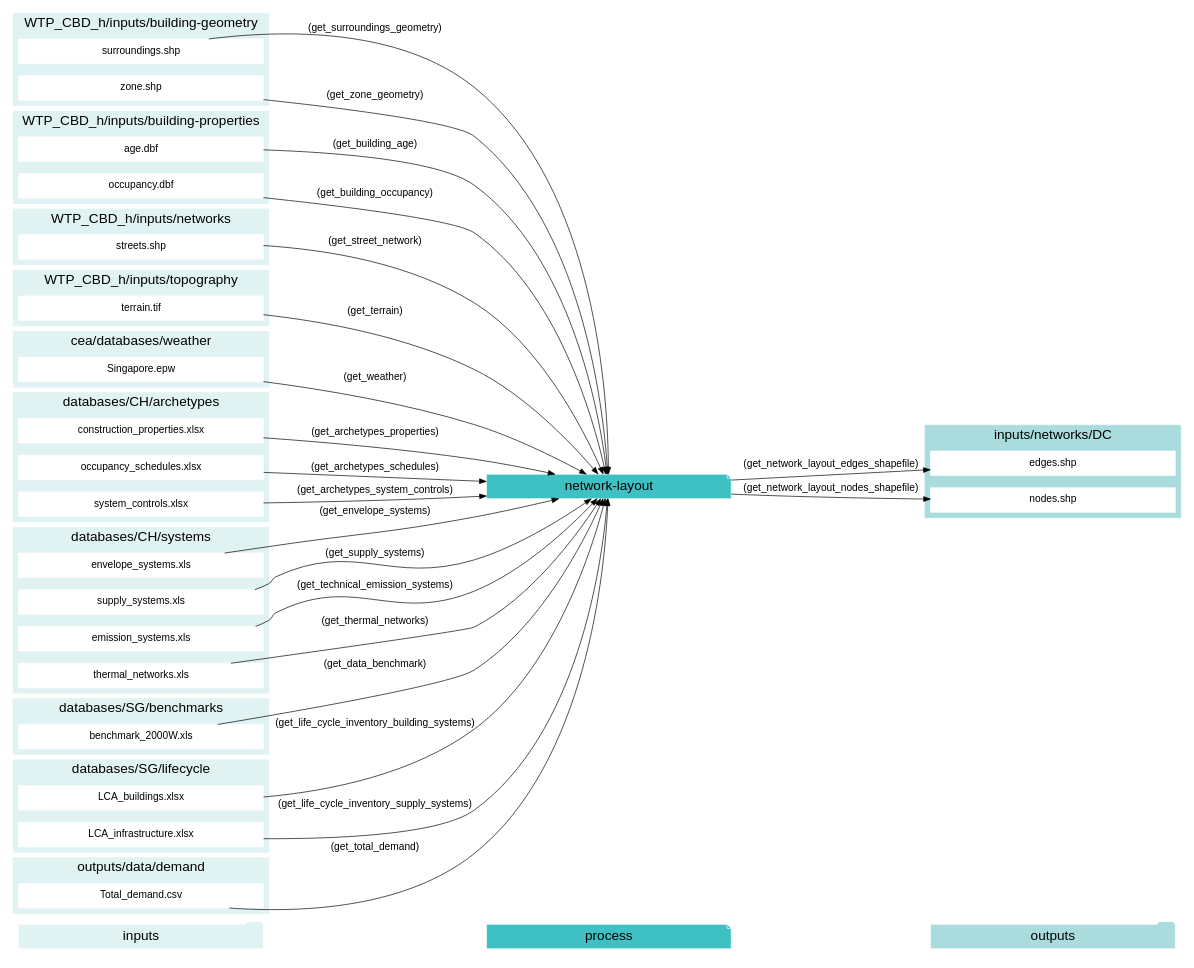
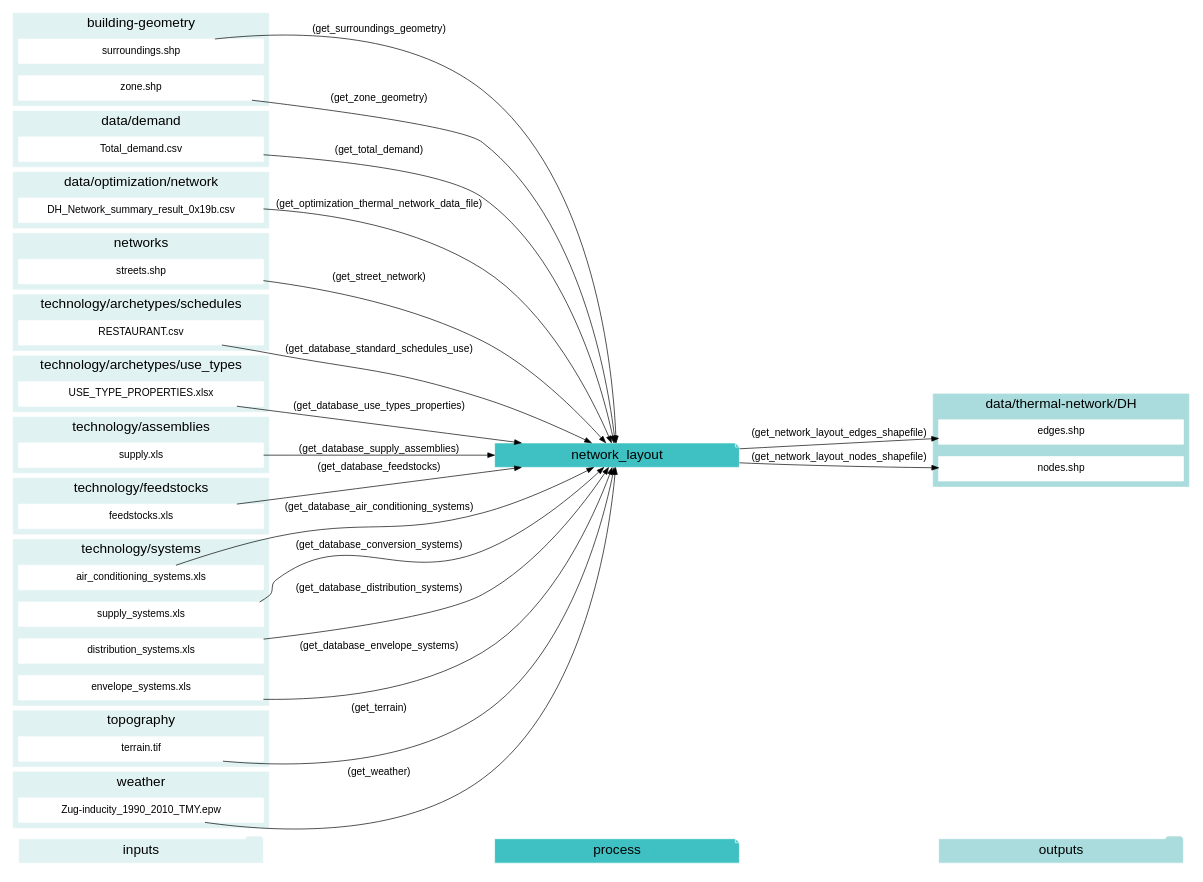
One commit to architecture-building-systems/CityEnergyAnalyst changed the sixth of 20 diagrams in docs/script-data-flow.rst. Above: the diagram before and after it, drawn with Graphviz. The commit also changed other lines of this file and 24 other files, not shown here.

```diff
--- a/docs/script-data-flow.rst
+++ b/docs/script-data-flow.rst
@@ -304,13 +786,13 @@
     "inputs"->"process"[style=invis]
     "process"->"outputs"[style=invis]
     }
-    "network-layout"[style=filled, color=white, fillcolor="#3FC0C2", shape=note, fontsize=20, fontname=arial];
+    "network_layout"[style=filled, color=white, fillcolor="#3FC0C2", shape=note, fontsize=20, fontname=arial];
     subgraph cluster_0_in {
         style = filled;
         color = "#E1F2F2";
         fontsize = 20;
         rank=same;
-        label="WTP_CBD_h/inputs/building-geometry";
+        label="building-geometry";
         "surroundings.shp"
         "zone.shp"
     }
@@ -319,107 +801,108 @@
         color = "#E1F2F2";
         fontsize = 20;
         rank=same;
-        label="WTP_CBD_h/inputs/building-properties";
-        "age.dbf"
-        "occupancy.dbf"
+        label="data/demand";
+        "Total_demand.csv"
     }
     subgraph cluster_2_in {
         style = filled;
         color = "#E1F2F2";
         fontsize = 20;
         rank=same;
-        label="WTP_CBD_h/inputs/networks";
-        "streets.shp"
+        label="data/optimization/network";
+        "DH_Network_summary_result_0x19b.csv"
     }
-    subgraph cluster_3_in {
+    subgraph cluster_3_out {
         style = filled;
-        color = "#E1F2F2";
+        color = "#aadcdd";
         fontsize = 20;
         rank=same;
-        label="WTP_CBD_h/inputs/topography";
-        "terrain.tif"
+        label="data/thermal-network/DH";
+        "edges.shp"
+        "nodes.shp"
     }
     subgraph cluster_4_in {
         style = filled;
         color = "#E1F2F2";
         fontsize = 20;
         rank=same;
-        label="cea/databases/weather";
-        "Singapore.epw"
+        label="networks";
+        "streets.shp"
     }
     subgraph cluster_5_in {
         style = filled;
         color = "#E1F2F2";
         fontsize = 20;
         rank=same;
-        label="databases/CH/archetypes";
-        "construction_properties.xlsx"
-        "occupancy_schedules.xlsx"
-        "system_controls.xlsx"
+        label="technology/archetypes/schedules";
+        "RESTAURANT.csv"
     }
     subgraph cluster_6_in {
         style = filled;
         color = "#E1F2F2";
         fontsize = 20;
         rank=same;
-        label="databases/CH/systems";
-        "envelope_systems.xls"
-        "supply_systems.xls"
-        "emission_systems.xls"
-        "thermal_networks.xls"
+        label="technology/archetypes/use_types";
+        "USE_TYPE_PROPERTIES.xlsx"
     }
     subgraph cluster_7_in {
         style = filled;
         color = "#E1F2F2";
         fontsize = 20;
         rank=same;
-        label="databases/SG/benchmarks";
-        "benchmark_2000W.xls"
+        label="technology/assemblies";
+        "supply.xls"
     }
     subgraph cluster_8_in {
         style = filled;
         color = "#E1F2F2";
         fontsize = 20;
         rank=same;
-        label="databases/SG/lifecycle";
-        "LCA_buildings.xlsx"
-        "LCA_infrastructure.xlsx"
+        label="technology/feedstocks";
+        "feedstocks.xls"
     }
-    subgraph cluster_9_out {
+    subgraph cluster_9_in {
         style = filled;
-        color = "#aadcdd";
+        color = "#E1F2F2";
         fontsize = 20;
         rank=same;
-        label="inputs/networks/DC";
-        "edges.shp"
-        "nodes.shp"
+        label="technology/systems";
+        "air_conditioning_systems.xls"
+        "supply_systems.xls"
+        "distribution_systems.xls"
+        "envelope_systems.xls"
     }
     subgraph cluster_10_in {
         style = filled;
         color = "#E1F2F2";
         fontsize = 20;
         rank=same;
-        label="outputs/data/demand";
-        "Total_demand.csv"
+        label="topography";
+        "terrain.tif"
     }
-    "construction_properties.xlsx" -> "network-layout"[label="(get_archetypes_properties)"]
-    "occupancy_schedules.xlsx" -> "network-layout"[label="(get_archetypes_schedules)"]
-    "system_controls.xlsx" -> "network-layout"[label="(get_archetypes_system_controls)"]
-    "age.dbf" -> "network-layout"[label="(get_building_age)"]
-    "occupancy.dbf" -> "network-layout"[label="(get_building_occupancy)"]
-    "benchmark_2000W.xls" -> "network-layout"[label="(get_data_benchmark)"]
-    "surroundings.shp" -> "network-layout"[label="(get_surroundings_geometry)"]
-    "envelope_systems.xls" -> "network-layout"[label="(get_envelope_systems)"]
-    "LCA_buildings.xlsx" -> "network-layout"[label="(get_life_cycle_inventory_building_systems)"]
-    "LCA_infrastructure.xlsx" -> "network-layout"[label="(get_life_cycle_inventory_supply_systems)"]
-    "streets.shp" -> "network-layout"[label="(get_street_network)"]
-    "supply_systems.xls" -> "network-layout"[label="(get_supply_systems)"]
-    "emission_systems.xls" -> "network-layout"[label="(get_technical_emission_systems)"]
-    "terrain.tif" -> "network-layout"[label="(get_terrain)"]
-    "thermal_networks.xls" -> "network-layout"[label="(get_thermal_networks)"]
-    "Total_demand.csv" -> "network-layout"[label="(get_total_demand)"]
-    "Singapore.epw" -> "network-layout"[label="(get_weather)"]
-    "zone.shp" -> "network-layout"[label="(get_zone_geometry)"]
-    "network-layout" -> "edges.shp"[label="(get_network_layout_edges_shapefile)"]
-    "network-layout" -> "nodes.shp"[label="(get_network_layout_nodes_shapefile)"]
+    subgraph cluster_11_in {
+        style = filled;
+        color = "#E1F2F2";
+        fontsize = 20;
+        rank=same;
+        label="weather";
+        "Zug-inducity_1990_2010_TMY.epw"
     }
+    "air_conditioning_systems.xls" -> "network_layout"[label="(get_database_air_conditioning_systems)"]
+    "supply_systems.xls" -> "network_layout"[label="(get_database_conversion_systems)"]
+    "distribution_systems.xls" -> "network_layout"[label="(get_database_distribution_systems)"]
+    "envelope_systems.xls" -> "network_layout"[label="(get_database_envelope_systems)"]
+    "feedstocks.xls" -> "network_layout"[label="(get_database_feedstocks)"]
+    "RESTAURANT.csv" -> "network_layout"[label="(get_database_standard_schedules_use)"]
+    "supply.xls" -> "network_layout"[label="(get_database_supply_assemblies)"]
+    "USE_TYPE_PROPERTIES.xlsx" -> "network_layout"[label="(get_database_use_types_properties)"]
+    "DH_Network_summary_result_0x19b.csv" -> "network_layout"[label="(get_optimization_thermal_network_data_file)"]
+    "streets.shp" -> "network_layout"[label="(get_street_network)"]
+    "surroundings.shp" -> "network_layout"[label="(get_surroundings_geometry)"]
+    "terrain.tif" -> "network_layout"[label="(get_terrain)"]
+    "Total_demand.csv" -> "network_layout"[label="(get_total_demand)"]
+    "Zug-inducity_1990_2010_TMY.epw" -> "network_layout"[label="(get_weather)"]
+    "zone.shp" -> "network_layout"[label="(get_zone_geometry)"]
+    "network_layout" -> "edges.shp"[label="(get_network_layout_edges_shapefile)"]
+    "network_layout" -> "nodes.shp"[label="(get_network_layout_nodes_shapefile)"]
+    }
```
